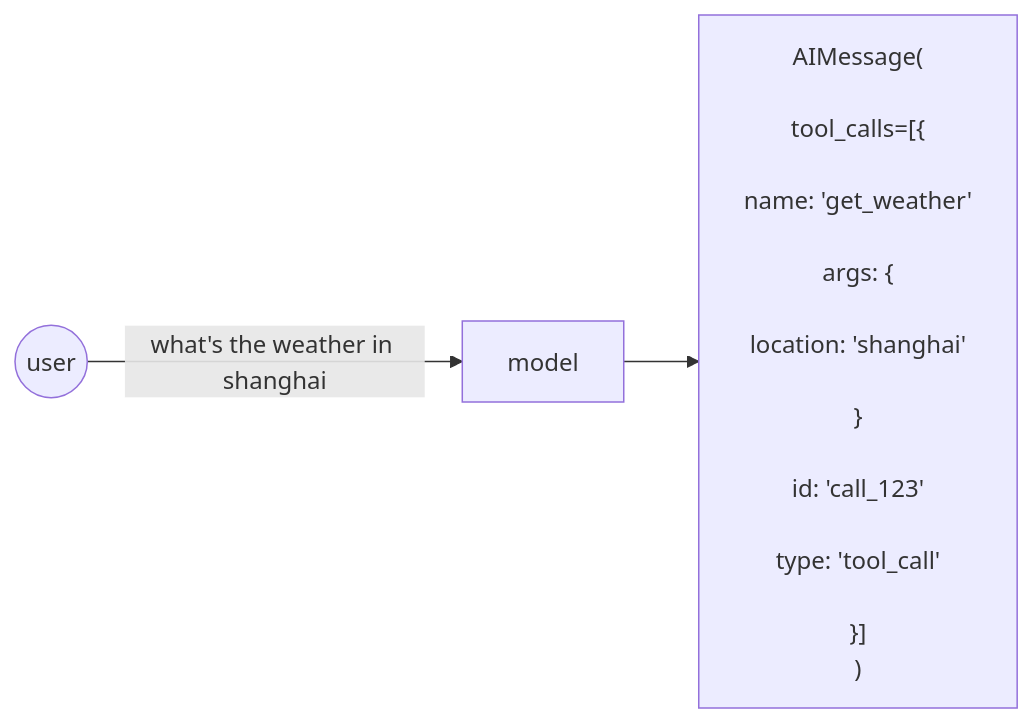
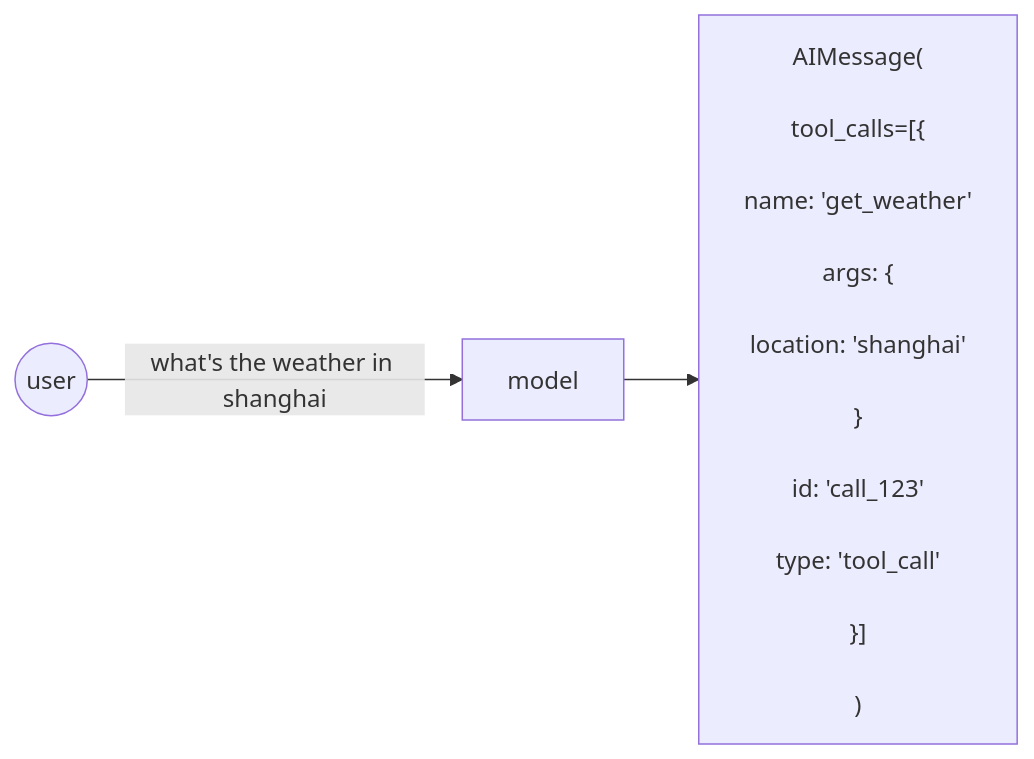
Before and after one commit to ka1fe1/iodraw-files: the diagram in all/未命名-28.md, drawn with Mermaid.

Commit message:
2024-10-22 17:46:59 update

````diff
--- a/all/未命名-28.md
+++ b/all/未命名-28.md
@@ -1,17 +1,17 @@
 ```mermaid
 flowchart LR
     s1((user))
     s2["model"]
     s3["AIMessage(<br>
         tool_calls=[{<br>
             name: 'get_weather'<br>
             args: {<br>
-location: 'shanghai'<br>
+                location: 'shanghai'<br>
             }<br>
             id: 'call_123'<br>
             type: 'tool_call'<br>
-        }]
+        }]<br>
     )"]
 
     s1 -->|what's the weather in shanghai| s2 --> s3
 ```
````
